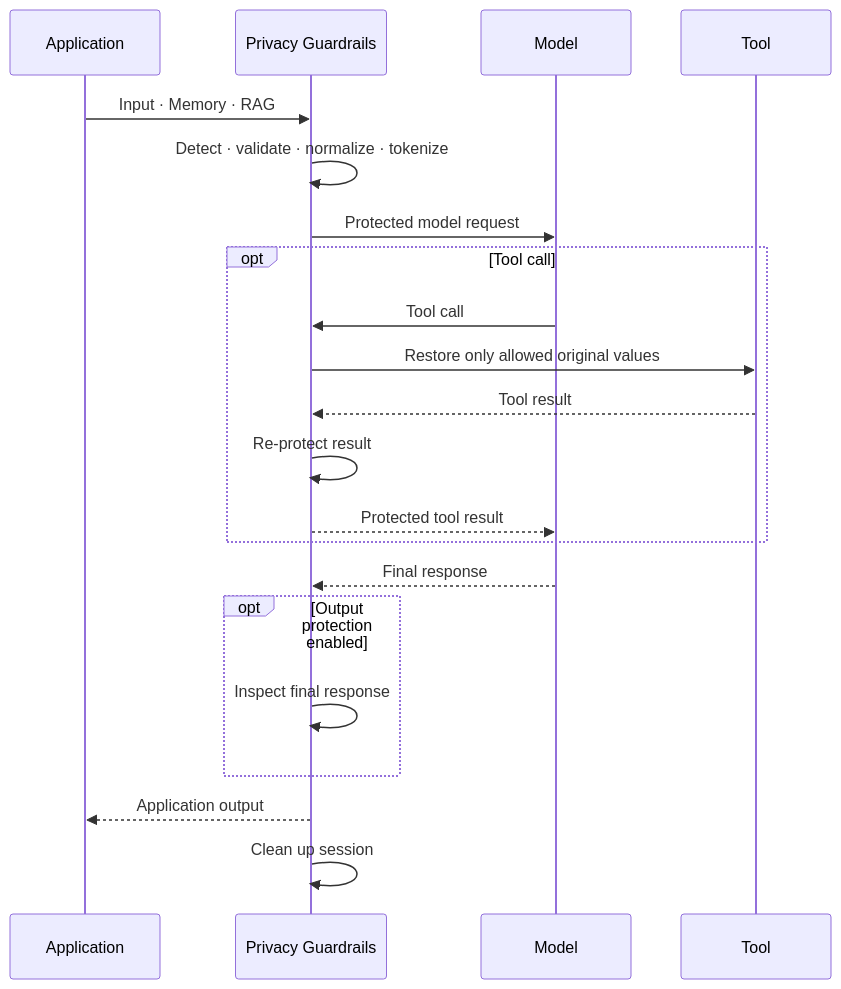
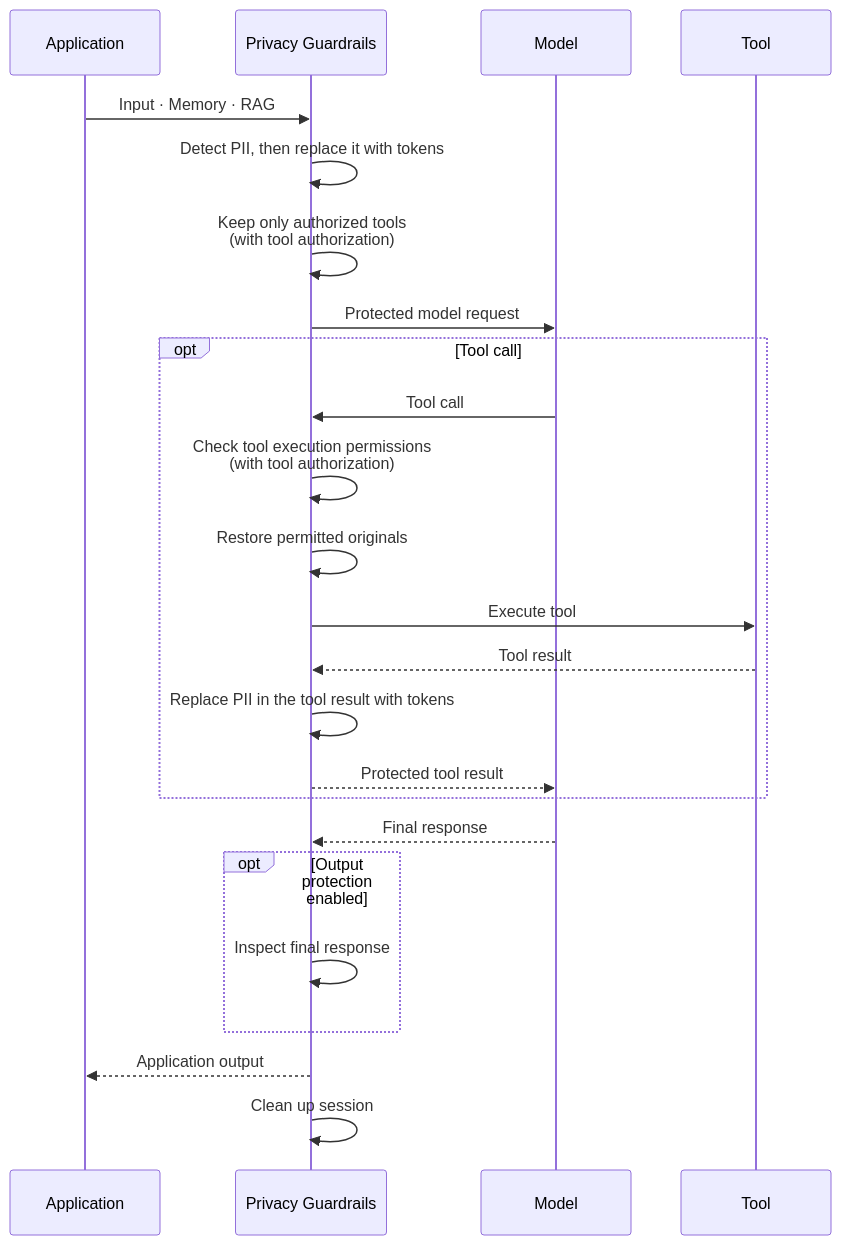
One commit to ultramancode/spring-ai-privacy-guardrails changed the third of 4 diagrams in docs/architecture.md. Above: the diagram before and after it, drawn with Mermaid. The commit also changed other lines of this file and 3 other files, not shown here.

Commit message:
docs: clarify privacy and tool authorization diagrams

````diff
--- a/docs/architecture.md
+++ b/docs/architecture.md
@@ -155,28 +158,35 @@
 ```mermaid
 sequenceDiagram
     participant A as Application
     participant P as Privacy Guardrails
     participant M as Model
     participant T as Tool
 
     A->>P: Input · Memory · RAG
-    P->>P: Detect · validate · normalize · tokenize
+    P->>P: Detect PII, then replace it with tokens
+
+    P->>P: Keep only authorized tools<br/>(with tool authorization)
+
     P->>M: Protected model request
 
     opt Tool call
         M->>P: Tool call
-        P->>T: Restore only allowed original values
+
+        P->>P: Check tool execution permissions<br/>(with tool authorization)
+
+        P->>P: Restore permitted originals
+        P->>T: Execute tool
         T-->>P: Tool result
-        P->>P: Re-protect result
+        P->>P: Replace PII in the tool result with tokens
         P-->>M: Protected tool result
     end
 
     M-->>P: Final response
 
     opt Output protection enabled
         P->>P: Inspect final response
     end
 
     P-->>A: Application output
     P->>P: Clean up session
 ```
````
